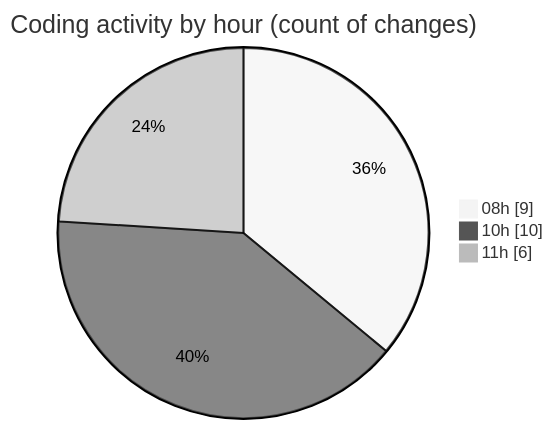
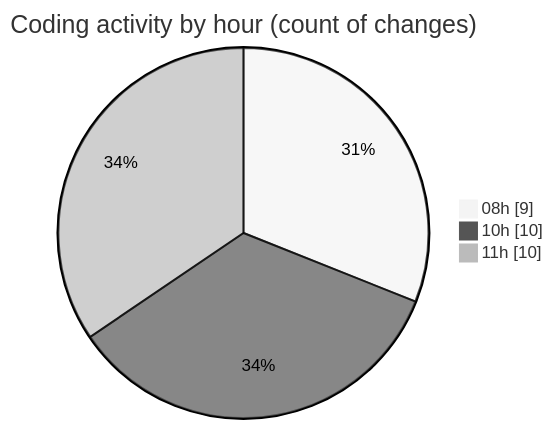
The second of 2 diagrams in 2025-11-04/cdp_aleoudev_fr__workspace_/README.md (julien-gomy/code-tracking), drawn with Mermaid (neutral theme) before and after one commit. The commit also changed other lines of this file and 1 other file, not shown here.

````diff
--- a/2025-11-04/cdp_aleoudev_fr__workspace_/README.md
+++ b/2025-11-04/cdp_aleoudev_fr__workspace_/README.md
@@ -29,7 +29,7 @@
 ```mermaid
 pie showData
 title Coding activity by hour (count of changes)
 "08h" : 9
 "10h" : 10
-"11h" : 6
+"11h" : 10
 ```
````
